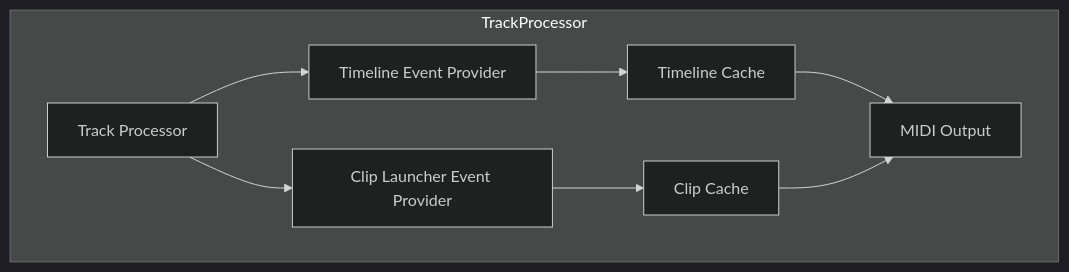
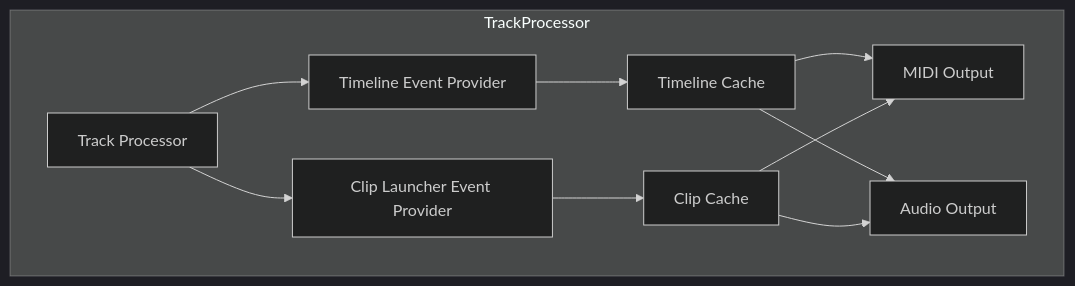
The seventh of 17 diagrams in doc/dev/scenes_architecture.md (zrythm/zrythm), drawn with Mermaid (dark theme) before and after one commit. The commit also changed other lines of this file and 38 other files, not shown here.

First line of the commit message:
TrackProcessor: add audio timeline/clip launcher providers

````diff
--- a/doc/dev/scenes_architecture.md
+++ b/doc/dev/scenes_architecture.md
@@ -142,13 +142,15 @@
 ```mermaid
 graph TB
     subgraph "TrackProcessor"
         TP[Track Processor] --> TLEP[Timeline Event Provider]
         TP --> CLEP[Clip Launcher Event Provider]
 
         TLEP --> TimelineCache[Timeline Cache]
         CLEP --> ClipCache[Clip Cache]
 
-        TimelineCache --> Output[MIDI Output]
-        ClipCache --> Output
+        TimelineCache --> MidiOutput[MIDI Output]
+        TimelineCache --> AudioOutput[Audio Output]
+        ClipCache --> MidiOutput
+        ClipCache --> AudioOutput
     end
 ```
````
